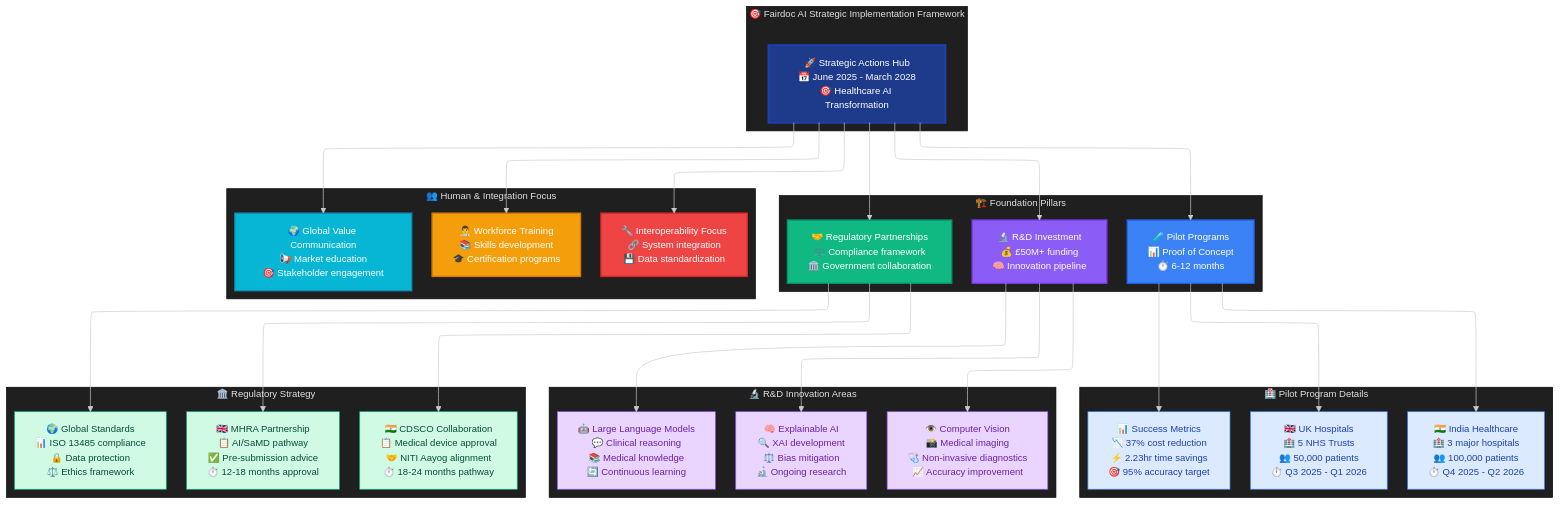
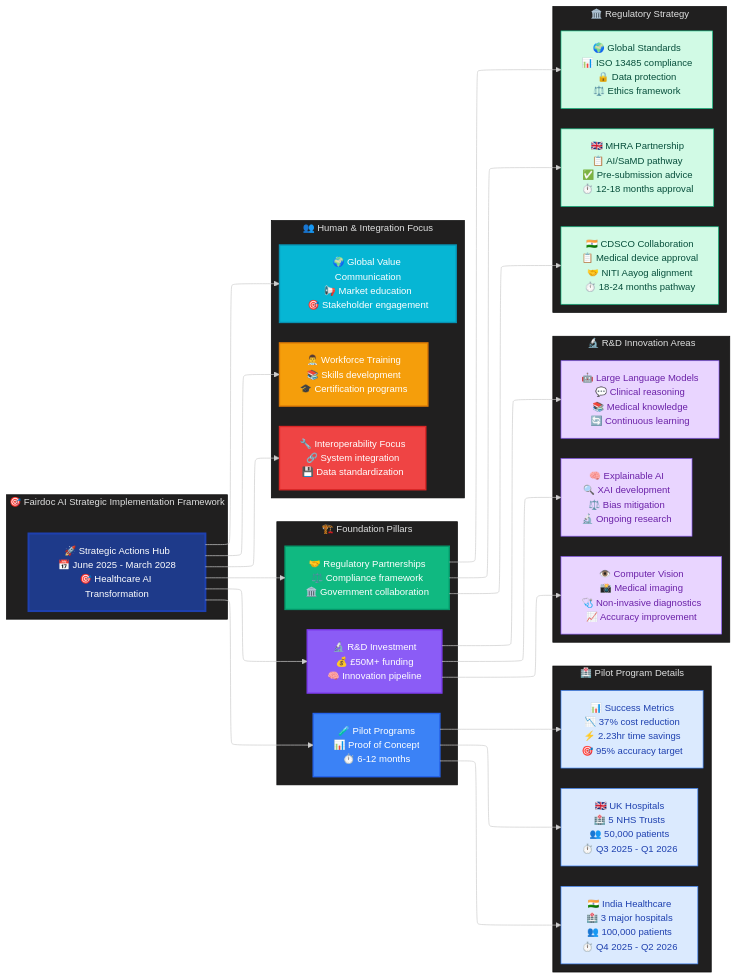
Before and after one commit to hr1juldey/FairWorks_FairDOC: diagram 20 of 20 in report.md, drawn with Mermaid. The commit also changed other lines of this file, not shown here.

````diff
--- a/report.md
+++ b/report.md
@@ -920,57 +918,57 @@
 ```mermaid
 ---
 config:
   theme: neo-dark
   layout: elk
 ---
-flowchart TB
+flowchart LR
  subgraph subGraph0["🎯 Fairdoc AI Strategic Implementation Framework"]
         STRATEGY["🚀 Strategic Actions Hub<br>📅 June 2025 - March 2028<br>🎯 Healthcare AI Transformation"]
   end
  subgraph subGraph1["🏗️ Foundation Pillars"]
         PILOT["🧪 Pilot Programs<br>📊 Proof of Concept<br>⏱️ 6-12 months"]
         RND["🔬 R&amp;D Investment<br>💰 £50M+ funding<br>🧠 Innovation pipeline"]
         REG["🤝 Regulatory Partnerships<br>⚖️ Compliance framework<br>🏛️ Government collaboration"]
   end
  subgraph subGraph2["👥 Human & Integration Focus"]
         WORKFORCE["👨‍⚕️ Workforce Training<br>📚 Skills development<br>🎓 Certification programs"]
         INTEROP["🔧 Interoperability Focus<br>🔗 System integration<br>💾 Data standardization"]
         GLOBAL["🌍 Global Value Communication<br>📢 Market education<br>🎯 Stakeholder engagement"]
   end
  subgraph subGraph3["🏥 Pilot Program Details"]
         P1["🇬🇧 UK Hospitals<br>🏥 5 NHS Trusts<br>👥 50,000 patients<br>⏱️ Q3 2025 - Q1 2026"]
         P2["🇮🇳 India Healthcare<br>🏥 3 major hospitals<br>👥 100,000 patients<br>⏱️ Q4 2025 - Q2 2026"]
         P3["📊 Success Metrics<br>📉 37% cost reduction<br>⚡ 2.23hr time savings<br>🎯 95% accuracy target"]
   end
  subgraph subGraph4["🔬 R&D Innovation Areas"]
         R1["🧠 Explainable AI<br>🔍 XAI development<br>⚖️ Bias mitigation<br>🔬 Ongoing research"]
         R2["👁️ Computer Vision<br>📸 Medical imaging<br>🩺 Non-invasive diagnostics<br>📈 Accuracy improvement"]
         R3["🤖 Large Language Models<br>💬 Clinical reasoning<br>📚 Medical knowledge<br>🔄 Continuous learning"]
   end
  subgraph subGraph5["🏛️ Regulatory Strategy"]
         REG1["🇬🇧 MHRA Partnership<br>📋 AI/SaMD pathway<br>✅ Pre-submission advice<br>⏱️ 12-18 months approval"]
         REG2["🇮🇳 CDSCO Collaboration<br>📋 Medical device approval<br>🤝 NITI Aayog alignment<br>⏱️ 18-24 months pathway"]
         REG3["🌍 Global Standards<br>📊 ISO 13485 compliance<br>🔒 Data protection<br>⚖️ Ethics framework"]
   end
     STRATEGY --> PILOT & RND & REG & WORKFORCE & INTEROP & GLOBAL
     PILOT --> P1 & P2 & P3
     RND --> R1 & R2 & R3
     REG --> REG1 & REG2 & REG3
     style STRATEGY fill:#1e3a8a,stroke:#1e40af,stroke-width:3px,color:#ffffff
     style PILOT fill:#3b82f6,stroke:#2563eb,stroke-width:2px,color:#ffffff
     style RND fill:#8b5cf6,stroke:#7c3aed,stroke-width:2px,color:#ffffff
     style REG fill:#10b981,stroke:#059669,stroke-width:2px,color:#ffffff
     style WORKFORCE fill:#f59e0b,stroke:#d97706,stroke-width:2px,color:#ffffff
     style INTEROP fill:#ef4444,stroke:#dc2626,stroke-width:2px,color:#ffffff
     style GLOBAL fill:#06b6d4,stroke:#0891b2,stroke-width:2px,color:#ffffff
     style P1 fill:#dbeafe,stroke:#3b82f6,stroke-width:1px,color:#1e40af
     style P2 fill:#dbeafe,stroke:#3b82f6,stroke-width:1px,color:#1e40af
     style P3 fill:#dbeafe,stroke:#3b82f6,stroke-width:1px,color:#1e40af
     style R1 fill:#e9d5ff,stroke:#8b5cf6,stroke-width:1px,color:#6b21a8
     style R2 fill:#e9d5ff,stroke:#8b5cf6,stroke-width:1px,color:#6b21a8
     style R3 fill:#e9d5ff,stroke:#8b5cf6,stroke-width:1px,color:#6b21a8
     style REG1 fill:#d1fae5,stroke:#10b981,stroke-width:1px,color:#064e3b
     style REG2 fill:#d1fae5,stroke:#10b981,stroke-width:1px,color:#064e3b
     style REG3 fill:#d1fae5,stroke:#10b981,stroke-width:1px,color:#064e3b
 
 ```
````
